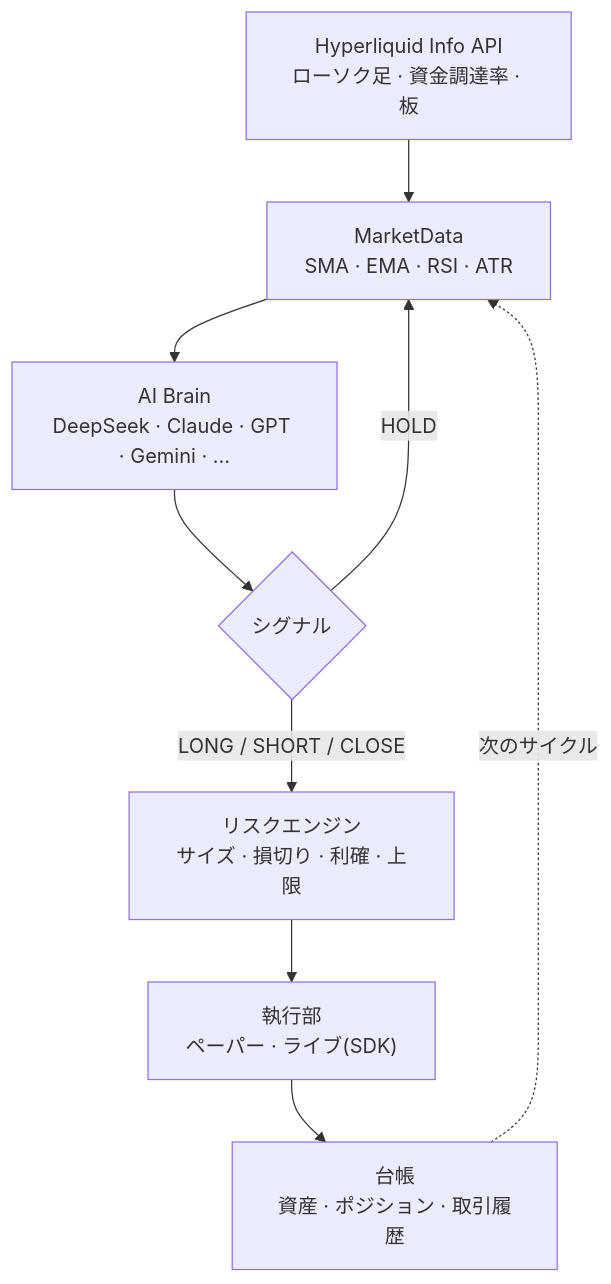
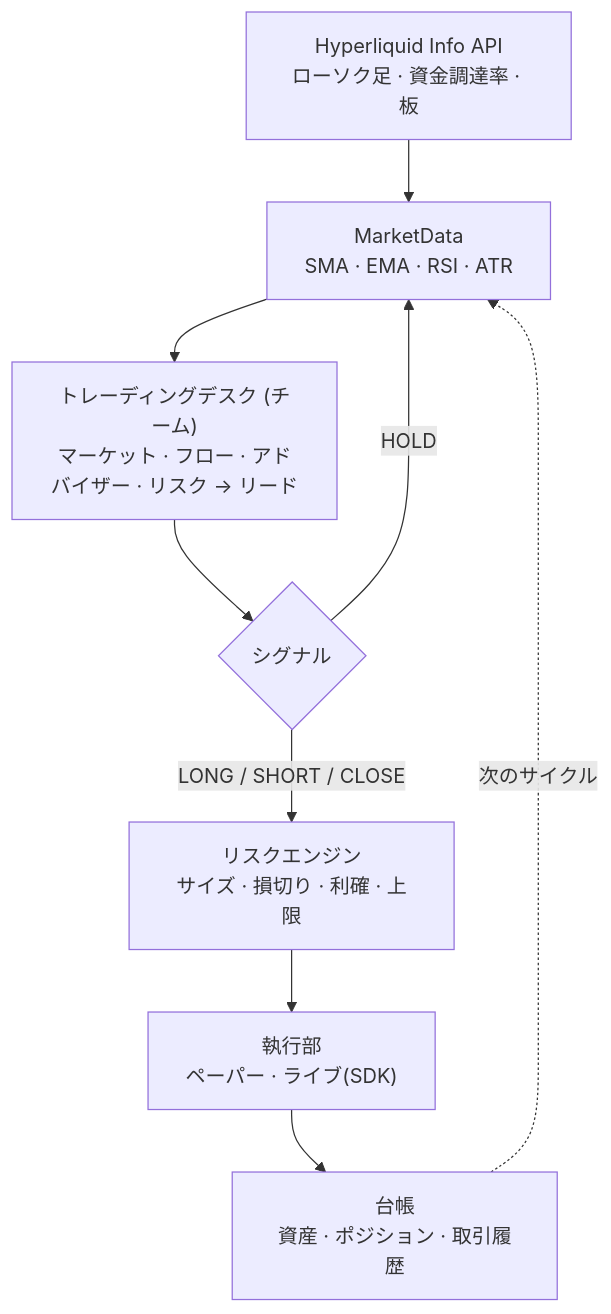
Before and after one commit to jepspows/oneechan: the diagram in README.ja.md, drawn with Mermaid. The commit also changed other lines of this file and 1 other file, not shown here.

````diff
--- a/README.ja.md
+++ b/README.ja.md
@@ -49,11 +53,11 @@
 ```mermaid
 flowchart TD
     A["Hyperliquid Info API<br/>ローソク足 · 資金調達率 · 板"] --> B["MarketData<br/>SMA · EMA · RSI · ATR"]
-    B --> C["AI Brain<br/>DeepSeek · Claude · GPT · Gemini · …"]
+    B --> C["トレーディングデスク (チーム)<br/>マーケット · フロー · アドバイザー · リスク → リード"]
     C --> D{"シグナル"}
     D -->|"HOLD"| B
     D -->|"LONG / SHORT / CLOSE"| E["リスクエンジン<br/>サイズ · 損切り · 利確 · 上限"]
     E --> F["執行部<br/>ペーパー · ライブ(SDK)"]
     F --> G["台帳<br/>資産 · ポジション · 取引履歴"]
     G -.->|"次のサイクル"| B
 ```
````
